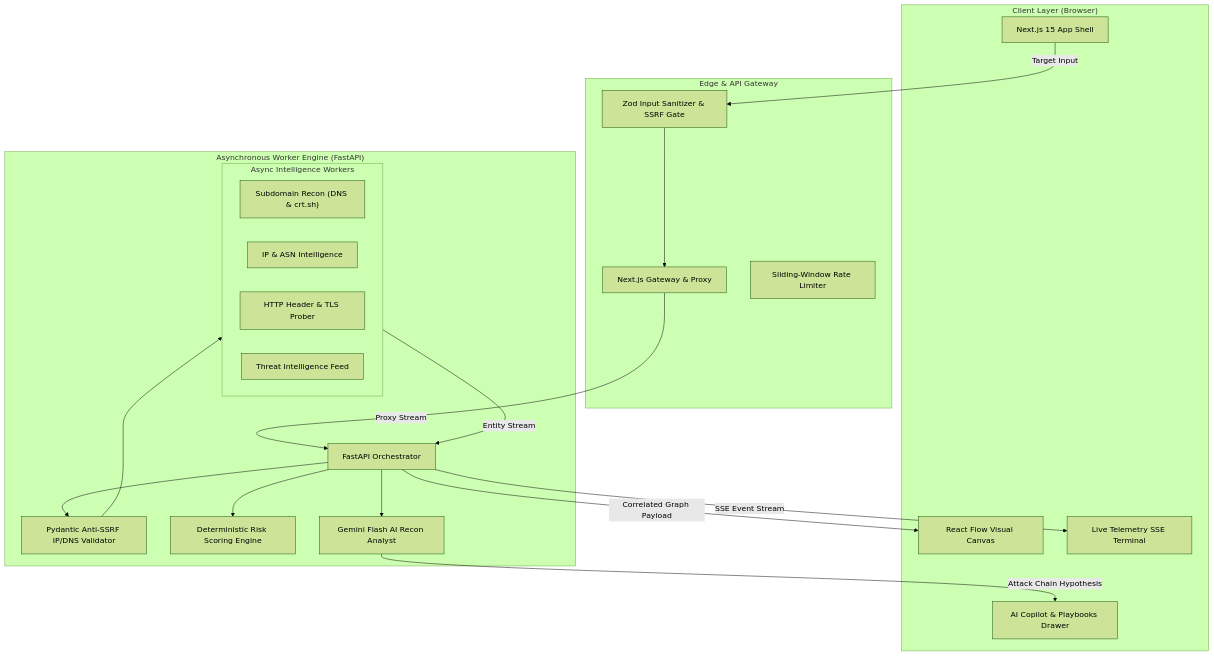
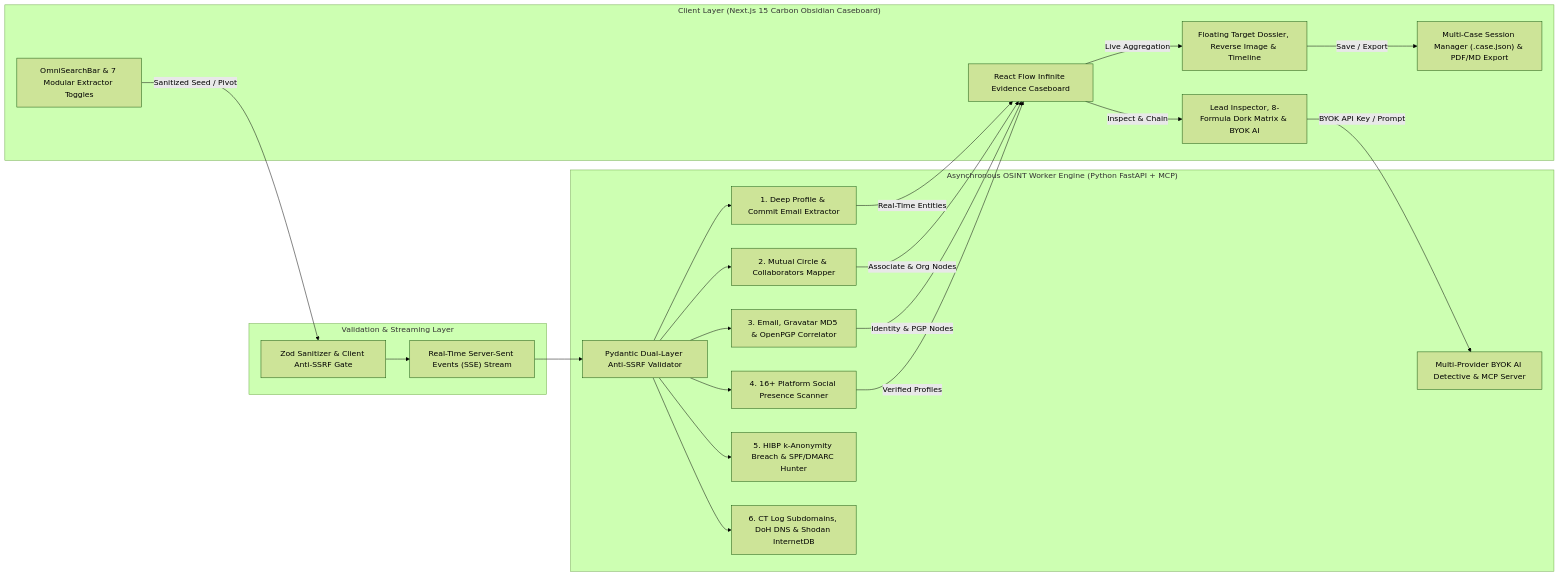
The diagram in README.md (felixpalingan/ISEEYOU), drawn with Mermaid (forest theme) before and after one commit. The commit also changed other lines of this file, not shown here.

Commit message:
docs(readme): overhaul README for ISEEYOU 2.0 OSINT Caseboard, Dork Matrix, and MCP architecture

````diff
--- a/README.md
+++ b/README.md
@@ -65,42 +41,44 @@
 ```mermaid
-flowchart TD
-  subgraph Client ["Client Layer (Browser)"]
-    UI["Next.js 15 App Shell"]
-    Canvas["React Flow Visual Canvas"]
-    Term["Live Telemetry SSE Terminal"]
-    Analyst["AI Copilot & Playbooks Drawer"]
+flowchart LR
+  subgraph Client ["Client Layer (Next.js 15 Carbon Obsidian Caseboard)"]
+    Omni["OmniSearchBar & 7 Modular Extractor Toggles"]
+    Dossier["Floating Target Dossier, Reverse Image & Timeline"]
+    Board["React Flow Infinite Evidence Caseboard"]
+    Inspector["Lead Inspector, 8-Formula Dork Matrix & BYOK AI"]
+    CaseMgr["Multi-Case Session Manager (.case.json) & PDF/MD Export"]
   end
 
-  subgraph Gateway ["Edge & API Gateway"]
-    NextAPI["Next.js Gateway & Proxy"]
-    ZodVal["Zod Input Sanitizer & SSRF Gate"]
-    RateLimiter["Sliding-Window Rate Limiter"]
+  subgraph Gateway ["Validation & Streaming Layer"]
+    SSRF1["Zod Sanitizer & Client Anti-SSRF Gate"]
+    SSE["Real-Time Server-Sent Events (SSE) Stream"]
   end
 
-  subgraph Engine ["Asynchronous Worker Engine (FastAPI)"]
-    FastAPI["FastAPI Orchestrator"]
-    PySec["Pydantic Anti-SSRF IP/DNS Validator"]
-    
-    subgraph Modules ["Async Intelligence Workers"]
-      M1["Subdomain Recon (DNS & crt.sh)"]
-      M2["IP & ASN Intelligence"]
-      M3["HTTP Header & TLS Prober"]
-      M4["Threat Intelligence Feed"]
-    end
-    
-    Risk["Deterministic Risk Scoring Engine"]
-    AI["Gemini Flash AI Recon Analyst"]
+  subgraph Engine ["Asynchronous OSINT Worker Engine (Python FastAPI + MCP)"]
+    SSRF2["Pydantic Dual-Layer Anti-SSRF Validator"]
+    Deep["1. Deep Profile & Commit Email Extractor"]
+    Mutual["2. Mutual Circle & Collaborators Mapper"]
+    EmailCorr["3. Email, Gravatar MD5 & OpenPGP Correlator"]
+    Socials["4. 16+ Platform Social Presence Scanner"]
+    Breach["5. HIBP k-Anonymity Breach & SPF/DMARC Hunter"]
+    WebInfra["6. CT Log Subdomains, DoH DNS & Shodan InternetDB"]
+    AIDetect["Multi-Provider BYOK AI Detective & MCP Server"]
   end
 
-  UI -->|"Target Input"| ZodVal
-  ZodVal --> NextAPI
-  NextAPI -->|"Proxy Stream"| FastAPI
-  FastAPI --> PySec
-  PySec --> Modules
-  Modules -->|"Entity Stream"| FastAPI
-  FastAPI --> Risk
-  FastAPI --> AI
-  FastAPI -->|"SSE Event Stream"| Term
-  FastAPI -->|"Correlated Graph Payload"| Canvas
-  AI -->|"Attack Chain Hypothesis"| Analyst
+  Omni -->|"Sanitized Seed / Pivot"| SSRF1
+  SSRF1 --> SSE
+  SSE --> SSRF2
+  SSRF2 --> Deep
+  SSRF2 --> Mutual
+  SSRF2 --> EmailCorr
+  SSRF2 --> Socials
+  SSRF2 --> Breach
+  SSRF2 --> WebInfra
+  Deep -->|"Real-Time Entities"| Board
+  Mutual -->|"Associate & Org Nodes"| Board
+  EmailCorr -->|"Identity & PGP Nodes"| Board
+  Socials -->|"Verified Profiles"| Board
+  Board -->|"Live Aggregation"| Dossier
+  Board -->|"Inspect & Chain"| Inspector
+  Inspector -->|"BYOK API Key / Prompt"| AIDetect
+  Dossier -->|"Save / Export"| CaseMgr
 ```
````
